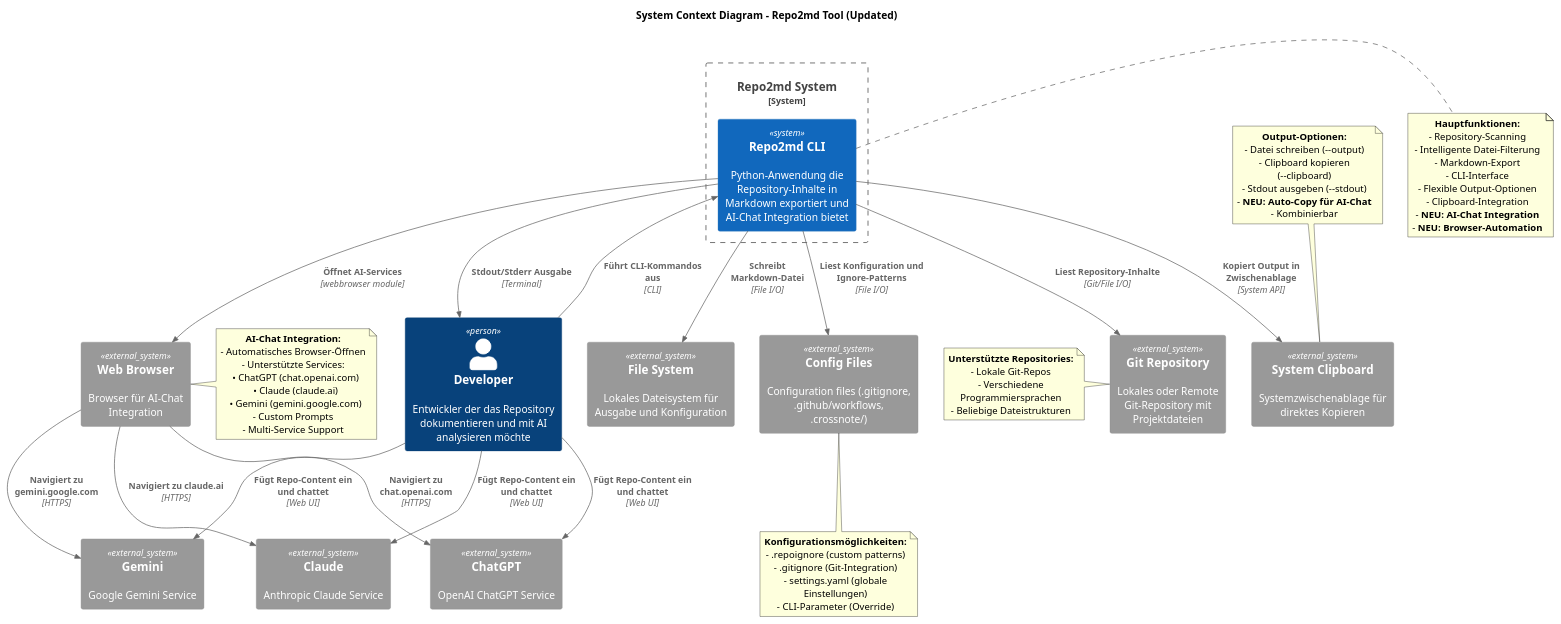
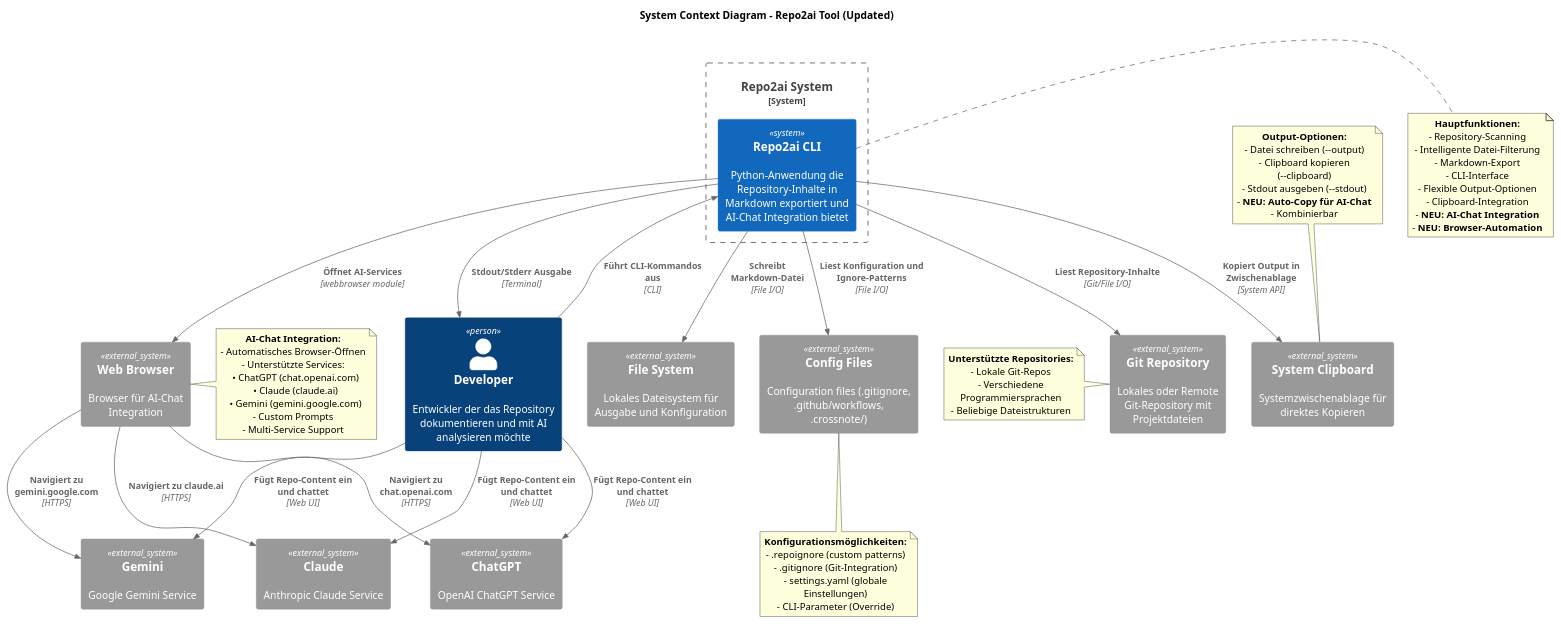
Before and after one commit to georghildebrand/repo2ai: the diagram in docs/architecture/c4/01-system-context.puml, drawn with PlantUML. The commit also changed 15 other files, not shown here.

```diff
--- a/docs/architecture/c4/01-system-context.puml
+++ b/docs/architecture/c4/01-system-context.puml
@@ -1,85 +1,85 @@
-@startuml C4_Level1_repo2md
+@startuml C4_Level1_repo2ai
 !include https://raw.githubusercontent.com/plantuml-stdlib/C4-PlantUML/master/C4_Context.puml
 
-title System Context Diagram - Repo2md Tool (Updated)
+title System Context Diagram - Repo2ai Tool (Updated)
 
 Person(developer, "Developer", "Entwickler der das Repository dokumentieren und mit AI analysieren möchte")
 
-System_Boundary(repoToMd, "Repo2md System") {
-    System(repoToMdApp, "Repo2md CLI", "Python-Anwendung die Repository-Inhalte in Markdown exportiert und AI-Chat Integration bietet")
+System_Boundary(repoToAi, "Repo2ai System") {
+    System(repoToAiApp, "Repo2ai CLI", "Python-Anwendung die Repository-Inhalte in Markdown exportiert und AI-Chat Integration bietet")
 }
 
 System_Ext(gitRepo, "Git Repository", "Lokales oder Remote Git-Repository mit Projektdateien")
 System_Ext(fileSystem, "File System", "Lokales Dateisystem für Ausgabe und Konfiguration")
 System_Ext(configFiles, "Config Files", "Configuration files (.gitignore, .github/workflows, .crossnote/)")
 System_Ext(clipboard, "System Clipboard", "Systemzwischenablage für direktes Kopieren")
 System_Ext(browser, "Web Browser", "Browser für AI-Chat Integration")
 
 System_Ext(chatgpt, "ChatGPT", "OpenAI ChatGPT Service")
 System_Ext(claude, "Claude", "Anthropic Claude Service")
 System_Ext(gemini, "Gemini", "Google Gemini Service")
 
-Rel(developer, repoToMdApp, "Führt CLI-Kommandos aus", "CLI")
-Rel(repoToMdApp, gitRepo, "Liest Repository-Inhalte", "Git/File I/O")
-Rel(repoToMdApp, fileSystem, "Schreibt Markdown-Datei", "File I/O")
-Rel(repoToMdApp, configFiles, "Liest Konfiguration und Ignore-Patterns", "File I/O")
-Rel(repoToMdApp, clipboard, "Kopiert Output in Zwischenablage", "System API")
-Rel(repoToMdApp, browser, "Öffnet AI-Services", "webbrowser module")
-Rel(repoToMdApp, developer, "Stdout/Stderr Ausgabe", "Terminal")
+Rel(developer, repoToAiApp, "Führt CLI-Kommandos aus", "CLI")
+Rel(repoToAiApp, gitRepo, "Liest Repository-Inhalte", "Git/File I/O")
+Rel(repoToAiApp, fileSystem, "Schreibt Markdown-Datei", "File I/O")
+Rel(repoToAiApp, configFiles, "Liest Konfiguration und Ignore-Patterns", "File I/O")
+Rel(repoToAiApp, clipboard, "Kopiert Output in Zwischenablage", "System API")
+Rel(repoToAiApp, browser, "Öffnet AI-Services", "webbrowser module")
+Rel(repoToAiApp, developer, "Stdout/Stderr Ausgabe", "Terminal")
 
 Rel(browser, chatgpt, "Navigiert zu chat.openai.com", "HTTPS")
 Rel(browser, claude, "Navigiert zu claude.ai", "HTTPS")
 Rel(browser, gemini, "Navigiert zu gemini.google.com", "HTTPS")
 
 Rel(developer, chatgpt, "Fügt Repo-Content ein und chattet", "Web UI")
 Rel(developer, claude, "Fügt Repo-Content ein und chattet", "Web UI")
 Rel(developer, gemini, "Fügt Repo-Content ein und chattet", "Web UI")
 
-note right of repoToMdApp
+note right of repoToAiApp
   **Hauptfunktionen:**
   - Repository-Scanning
   - Intelligente Datei-Filterung
   - Markdown-Export
   - CLI-Interface
   - Flexible Output-Optionen
   - Clipboard-Integration
   - **NEU: AI-Chat Integration**
   - **NEU: Browser-Automation**
 end note
 
 note left of gitRepo
   **Unterstützte Repositories:**
   - Lokale Git-Repos
   - Verschiedene Programmiersprachen
   - Beliebige Dateistrukturen
 end note
 
 note bottom of configFiles
   **Konfigurationsmöglichkeiten:**
   - .repoignore (custom patterns)
   - .gitignore (Git-Integration)
   - settings.yaml (globale Einstellungen)
   - CLI-Parameter (Override)
 end note
 
 note top of clipboard
   **Output-Optionen:**
   - Datei schreiben (--output)
   - Clipboard kopieren (--clipboard)
   - Stdout ausgeben (--stdout)
   - **NEU: Auto-Copy für AI-Chat**
   - Kombinierbar
 end note
 
 note right of browser
   **AI-Chat Integration:**
   - Automatisches Browser-Öffnen
   - Unterstützte Services:
     • ChatGPT (chat.openai.com)
     • Claude (claude.ai)
     • Gemini (gemini.google.com)
   - Custom Prompts
   - Multi-Service Support
 end note
 
 @enduml
```
